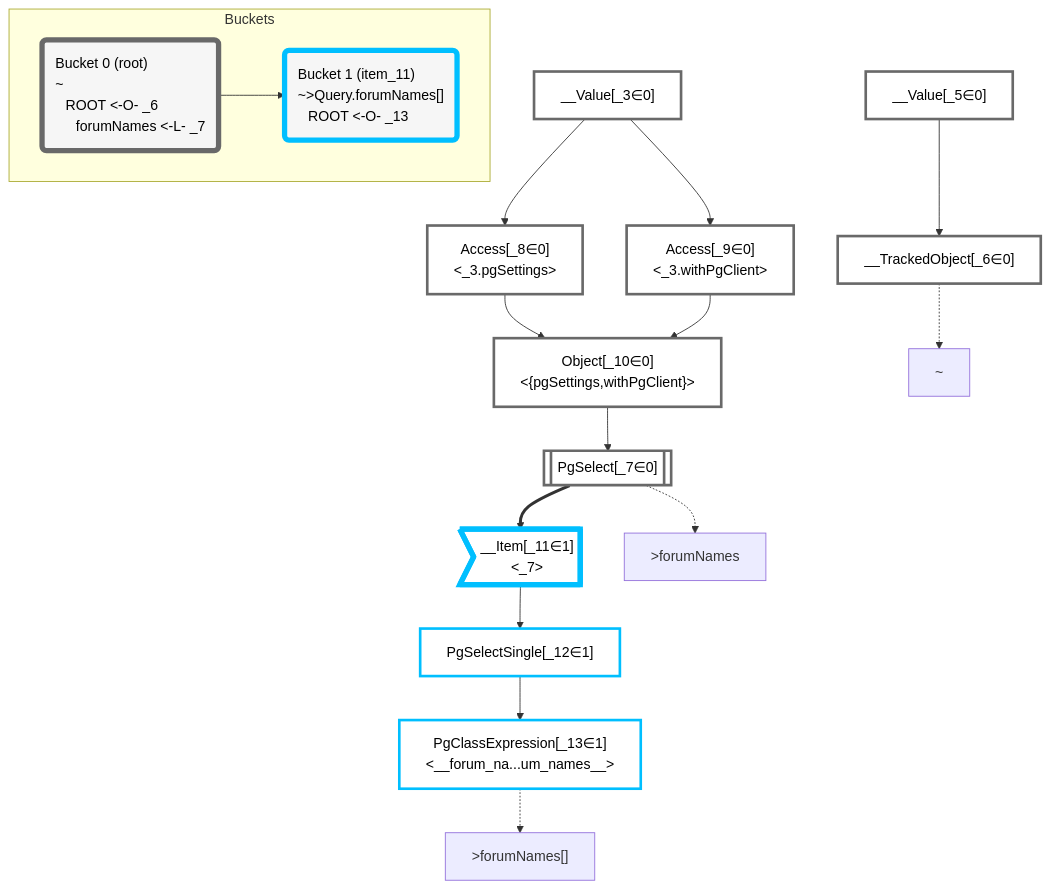
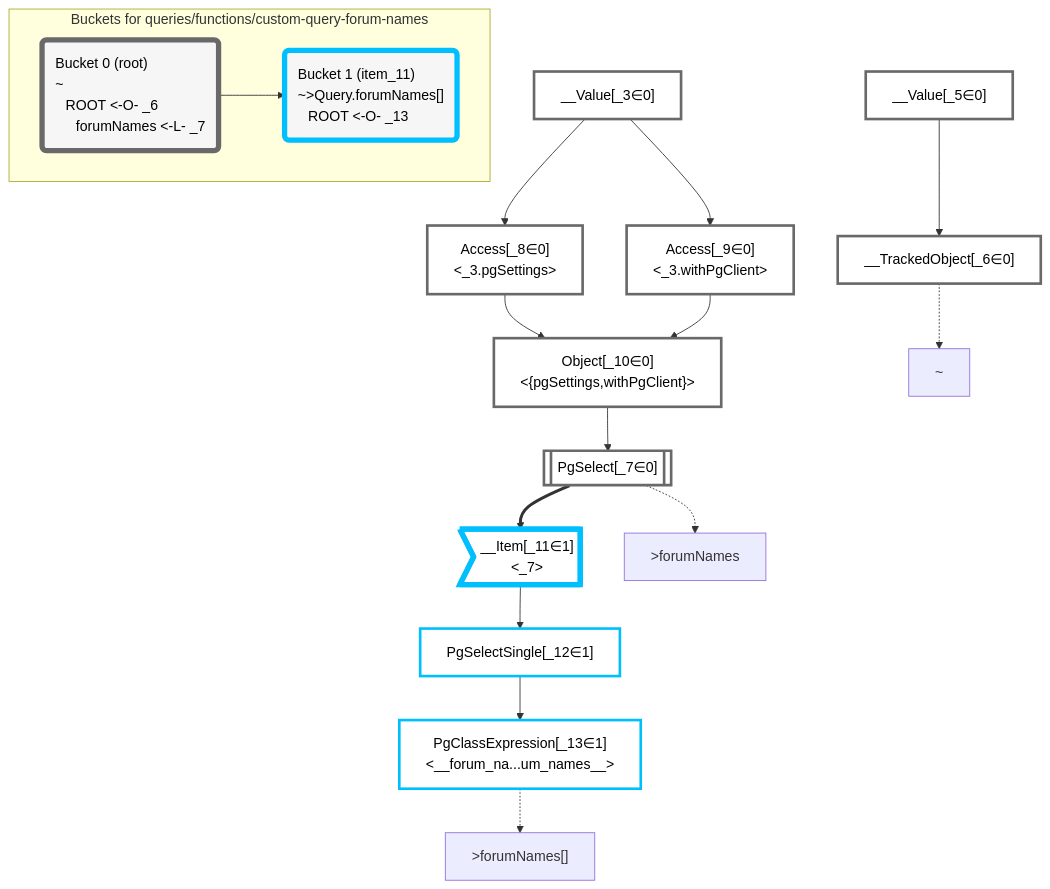
One commit to graphile/crystal changed the diagram in packages/dataplan-pg/__tests__/queries/functions/custom-query-forum-names.deopt.mermaid.md. Above: the diagram before and after it, drawn with Mermaid. The commit also changed 195 other files, not shown here.

````diff
--- a/packages/dataplan-pg/__tests__/queries/functions/custom-query-forum-names.deopt.mermaid.md
+++ b/packages/dataplan-pg/__tests__/queries/functions/custom-query-forum-names.deopt.mermaid.md
@@ -1,54 +1,54 @@
 ```mermaid
 graph TD
     classDef path fill:#eee,stroke:#000,color:#000
     classDef plan fill:#fff,stroke-width:3px,color:#000
     classDef itemplan fill:#fff,stroke-width:6px,color:#000
     classDef sideeffectplan fill:#f00,stroke-width:6px,color:#000
     classDef bucket fill:#f6f6f6,color:#000,stroke-width:6px,text-align:left
 
 
     %% define plans
     __Value_3["__Value[_3∈0]<br /><context>"]:::plan
     __Value_5["__Value[_5∈0]<br /><rootValue>"]:::plan
     __TrackedObject_6["__TrackedObject[_6∈0]"]:::plan
     PgSelect_7[["PgSelect[_7∈0]<br /><forum_names>"]]:::plan
     Access_8["Access[_8∈0]<br /><_3.pgSettings>"]:::plan
     Access_9["Access[_9∈0]<br /><_3.withPgClient>"]:::plan
     Object_10["Object[_10∈0]<br /><{pgSettings,withPgClient}>"]:::plan
     __Item_11>"__Item[_11∈1]<br /><_7>"]:::itemplan
     PgSelectSingle_12["PgSelectSingle[_12∈1]<br /><text>"]:::plan
     PgClassExpression_13["PgClassExpression[_13∈1]<br /><__forum_na...um_names__>"]:::plan
 
     %% plan dependencies
     __Value_5 --> __TrackedObject_6
     Object_10 --> PgSelect_7
     __Value_3 --> Access_8
     __Value_3 --> Access_9
     Access_8 --> Object_10
     Access_9 --> Object_10
     PgSelect_7 ==> __Item_11
     __Item_11 --> PgSelectSingle_12
     PgSelectSingle_12 --> PgClassExpression_13
 
     %% plan-to-path relationships
     P_6["~"]
     __TrackedObject_6 -.-> P_6
     P_7[">forumNames"]
     PgSelect_7 -.-> P_7
     P_13[">forumNames[]"]
     PgClassExpression_13 -.-> P_13
 
     %% allocate buckets
     classDef bucket0 stroke:#696969
     class __Value_3,__Value_5,__TrackedObject_6,PgSelect_7,Access_8,Access_9,Object_10 bucket0
     classDef bucket1 stroke:#00bfff
     class __Item_11,PgSelectSingle_12,PgClassExpression_13 bucket1
 
-    subgraph Buckets
+    subgraph "Buckets for queries/functions/custom-query-forum-names"
     Bucket0("Bucket 0 (root)<br />~<br />⠀ROOT <-O- _6<br />⠀⠀forumNames <-L- _7"):::bucket
     style Bucket0 stroke:#696969
     Bucket1("Bucket 1 (item_11)<br />~>Query.forumNames[]<br />⠀ROOT <-O- _13"):::bucket
     style Bucket1 stroke:#00bfff
     Bucket0 --> Bucket1
     end
 ```
````
